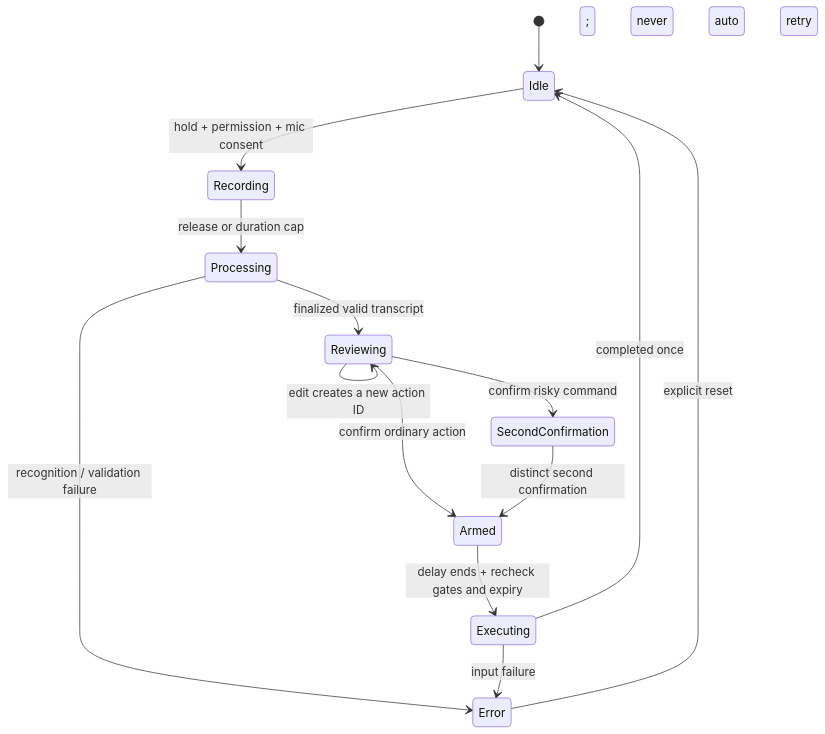
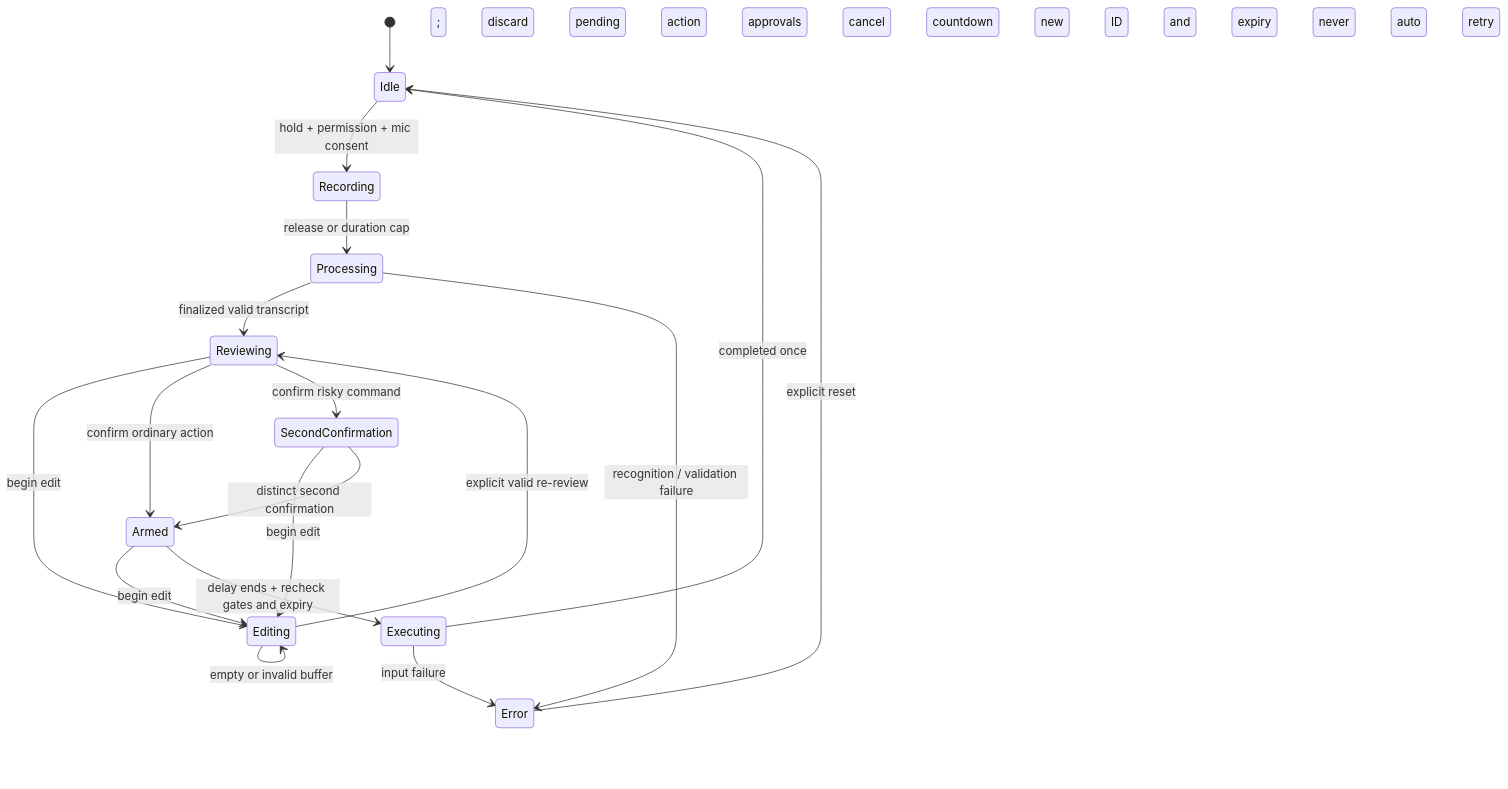
Before and after one commit to K-Arthur/voxspruce: the second of 2 diagrams in docs/architecture.md, drawn with Mermaid. The commit also changed other lines of this file and 12 other files, not shown here.

````diff
--- a/docs/architecture.md
+++ b/docs/architecture.md
@@ -57,16 +57,20 @@
 ```mermaid
 stateDiagram-v2
     [*] --> Idle
     Idle --> Recording: hold + permission + mic consent
     Recording --> Processing: release or duration cap
     Processing --> Reviewing: finalized valid transcript
-    Reviewing --> Reviewing: edit creates a new action ID
+    Reviewing --> Editing: begin edit; discard pending action
+    SecondConfirmation --> Editing: begin edit; discard approvals
+    Armed --> Editing: begin edit; cancel countdown
+    Editing --> Editing: empty or invalid buffer
+    Editing --> Reviewing: explicit valid re-review; new ID and expiry
     Reviewing --> Armed: confirm ordinary action
     Reviewing --> SecondConfirmation: confirm risky command
     SecondConfirmation --> Armed: distinct second confirmation
     Armed --> Executing: delay ends + recheck gates and expiry
     Executing --> Idle: completed once
     Processing --> Error: recognition / validation failure
     Executing --> Error: input failure; never auto retry
     Error --> Idle: explicit reset
 ```
````
